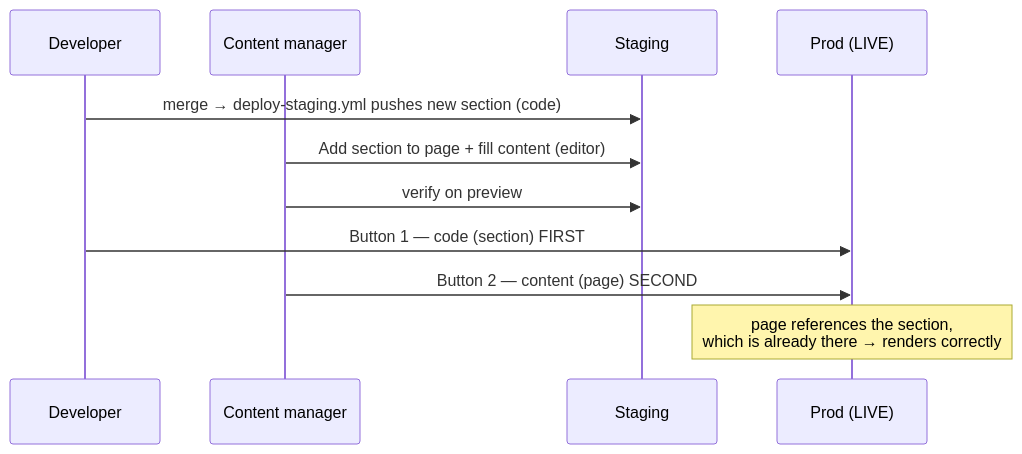
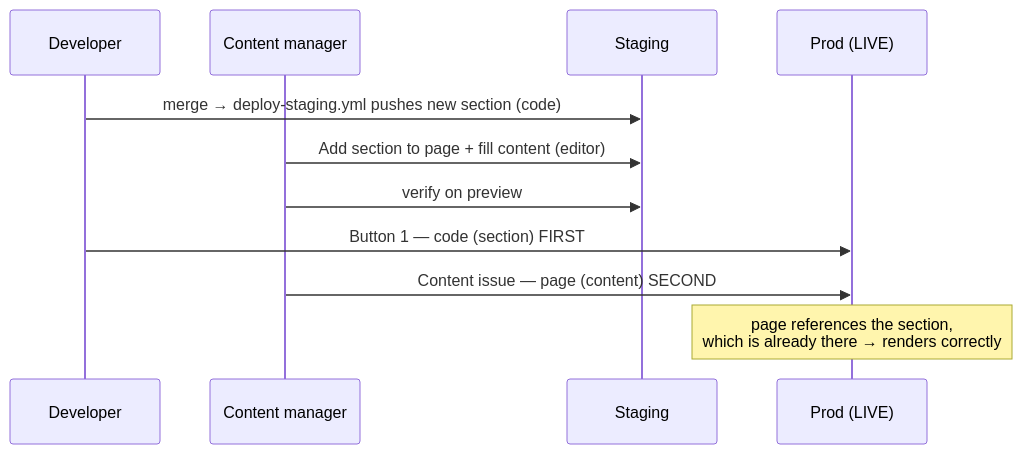
One commit to chinmaycoditas/skin-stylus-coditas changed the second of 2 diagrams in docs/THEME_CI_CD.md. Above: the diagram before and after it, drawn with Mermaid. The commit also changed other lines of this file, not shown here.

First line of the commit message:
Update CI/CD doc for issue-based content promotion

````diff
--- a/docs/THEME_CI_CD.md
+++ b/docs/THEME_CI_CD.md
@@ -166,14 +155,14 @@
 ```mermaid
 sequenceDiagram
     participant Dev as Developer
     participant CM as Content manager
     participant Stg as Staging
     participant Prod as Prod (LIVE)
 
     Dev->>Stg: merge → deploy-staging.yml pushes new section (code)
     CM->>Stg: Add section to page + fill content (editor)
     CM->>Stg: verify on preview
     Dev->>Prod: Button 1 — code (section) FIRST
-    CM->>Prod: Button 2 — content (page) SECOND
+    CM->>Prod: Content issue — page (content) SECOND
     Note over Prod: page references the section,<br/>which is already there → renders correctly
 ```
````
